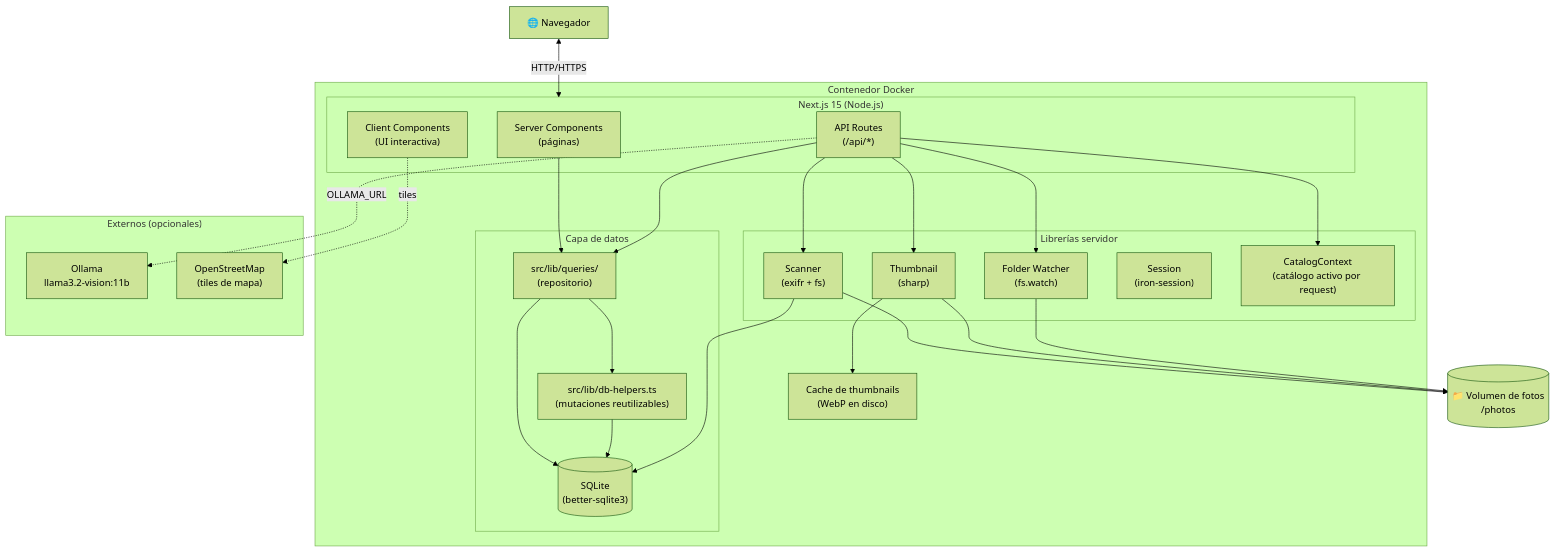
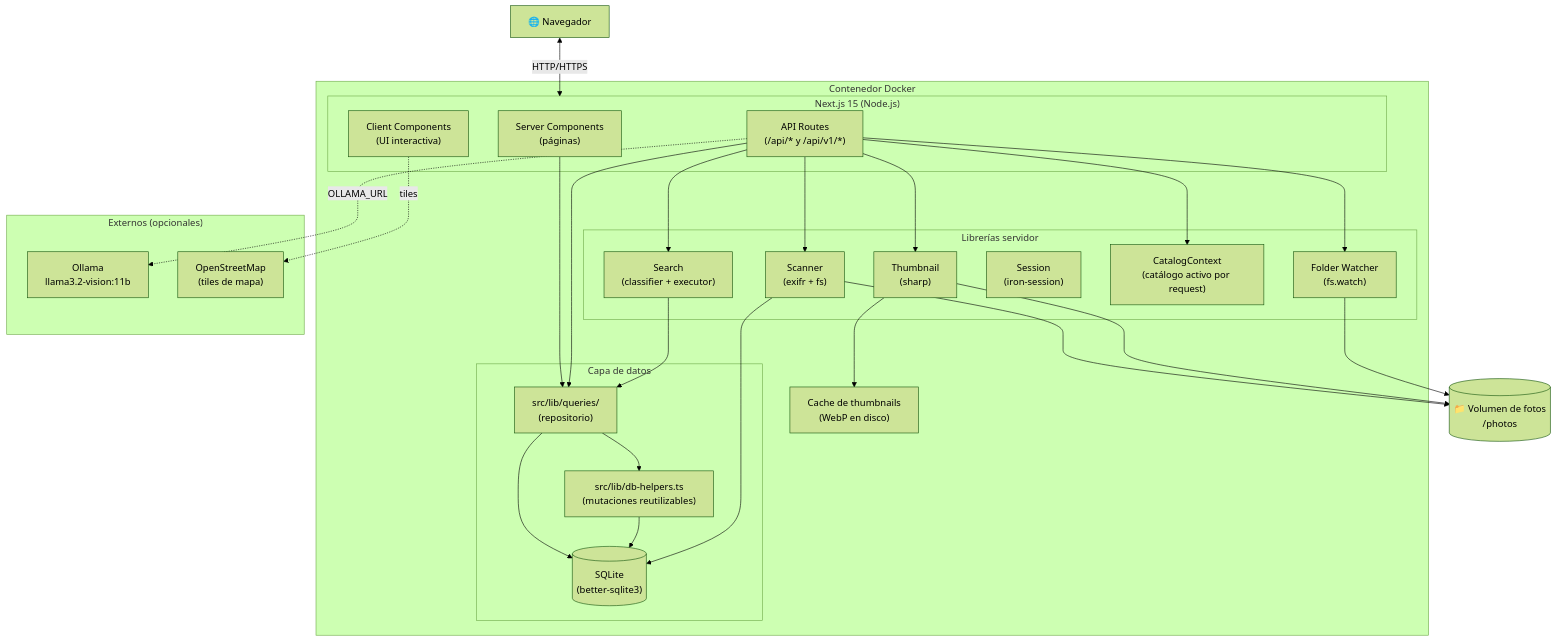
One commit to labombina7/photoshelf changed the first of 5 diagrams in docs/tecnico/01-arquitectura.md. Above: the diagram before and after it, drawn with Mermaid (forest theme). The commit also changed other lines of this file and 45 other files, not shown here.

````diff
--- a/docs/tecnico/01-arquitectura.md
+++ b/docs/tecnico/01-arquitectura.md
@@ -7,53 +7,56 @@
 ```mermaid
 graph TB
     Browser["🌐 Navegador"]
 
     subgraph Container["Contenedor Docker"]
         subgraph Next["Next.js 15 (Node.js)"]
             RSC["Server Components\n(páginas)"]
-            API["API Routes\n(/api/*)"]
+            API["API Routes\n(/api/* y /api/v1/*)"]
             Client["Client Components\n(UI interactiva)"]
         end
 
         subgraph DataLayer["Capa de datos"]
             Queries["src/lib/queries/\n(repositorio)"]
             Helpers["src/lib/db-helpers.ts\n(mutaciones reutilizables)"]
             DB[("SQLite\n(better-sqlite3)")]
         end
 
         subgraph Libs["Librerías servidor"]
             Scanner["Scanner\n(exifr + fs)"]
             Thumb["Thumbnail\n(sharp)"]
             Watcher["Folder Watcher\n(fs.watch)"]
             Session["Session\n(iron-session)"]
             CatalogCtx["CatalogContext\n(catálogo activo por request)"]
+            Search["Search\n(classifier + executor)"]
         end
 
         Cache["Cache de thumbnails\n(WebP en disco)"]
     end
 
     subgraph External["Externos (opcionales)"]
         Ollama["Ollama\nllama3.2-vision:11b"]
         OSM["OpenStreetMap\n(tiles de mapa)"]
     end
 
     PhotosVol[("📁 Volumen de fotos\n/photos")]
 
     Browser <-->|"HTTP/HTTPS"| Next
     RSC --> Queries
     API --> Queries
     Queries --> Helpers
     Queries --> DB
     Helpers --> DB
     API --> Scanner
     API --> Thumb
     API --> Watcher
     API --> CatalogCtx
+    API --> Search
+    Search --> Queries
     Scanner --> PhotosVol
     Scanner --> DB
     Thumb --> PhotosVol
     Thumb --> Cache
     Watcher --> PhotosVol
     API -.->|"OLLAMA_URL"| Ollama
     Client -.->|"tiles"| OSM
 ```
````
